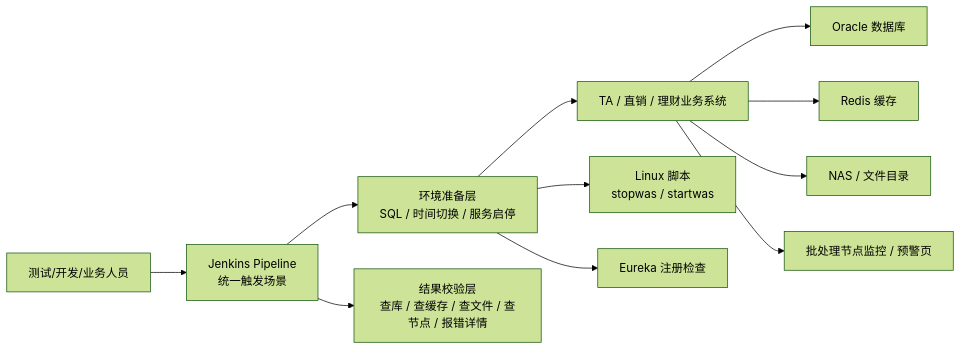
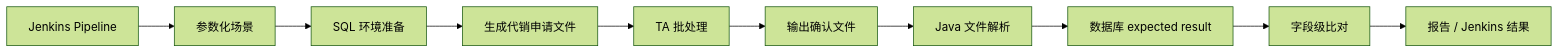
One commit to sfusong/notes-site changed the diagram in notes/面试学习/开发岗/开发课程/03_项目表达/TA自动化测试_面试总纲.md. Above: the diagram before and after it, drawn with Mermaid (forest theme). The commit also changed other lines of this file and 136 other files, not shown here.

````diff
--- a/notes/面试学习/开发岗/开发课程/03_项目表达/TA自动化测试_面试总纲.md
+++ b/notes/面试学习/开发岗/开发课程/03_项目表达/TA自动化测试_面试总纲.md
@@ -243,13 +52,12 @@
 ```mermaid
 flowchart LR
-    A["测试/开发/业务人员"] --> B["Jenkins Pipeline\n统一触发场景"]
-    B --> C["环境准备层\nSQL / 时间切换 / 服务启停"]
-    C --> D["TA / 直销 / 理财业务系统"]
-    D --> E["Oracle 数据库"]
-    D --> F["Redis 缓存"]
-    D --> G["NAS / 文件目录"]
-    D --> H["批处理节点监控 / 预警页"]
-    C --> I["Linux 脚本\nstopwas / startwas"]
-    C --> J["Eureka 注册检查"]
-    B --> K["结果校验层\n查库 / 查缓存 / 查文件 / 查节点 / 报错详情"]
+    A["Jenkins Pipeline"] --> B["参数化场景"]
+    B --> C["SQL 环境准备"]
+    C --> D["生成代销申请文件"]
+    D --> E["TA 批处理"]
+    E --> F["输出确认文件"]
+    F --> G["Java 文件解析"]
+    G --> H["数据库 expected result"]
+    H --> I["字段级比对"]
+    I --> J["报告 / Jenkins 结果"]
 ```
````
